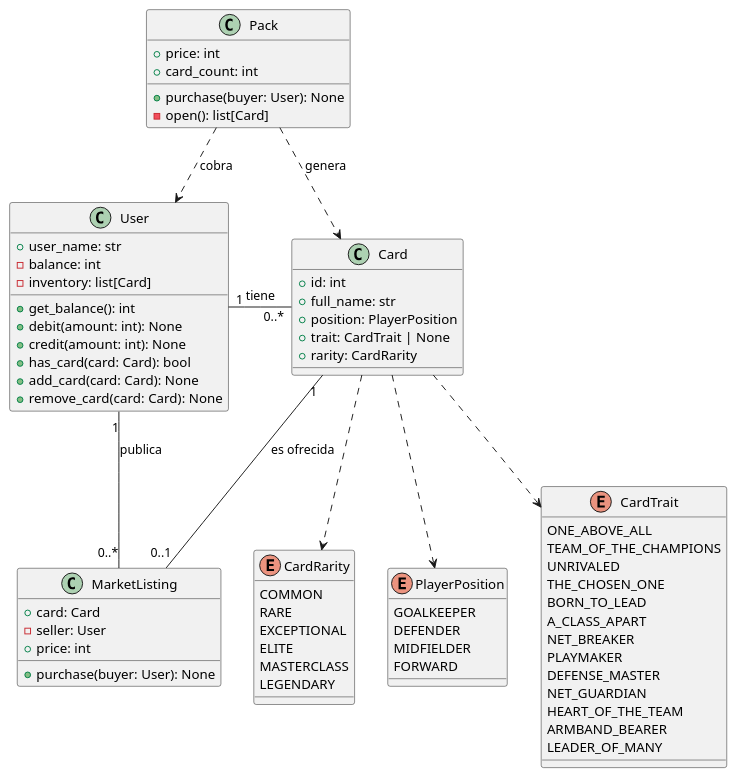
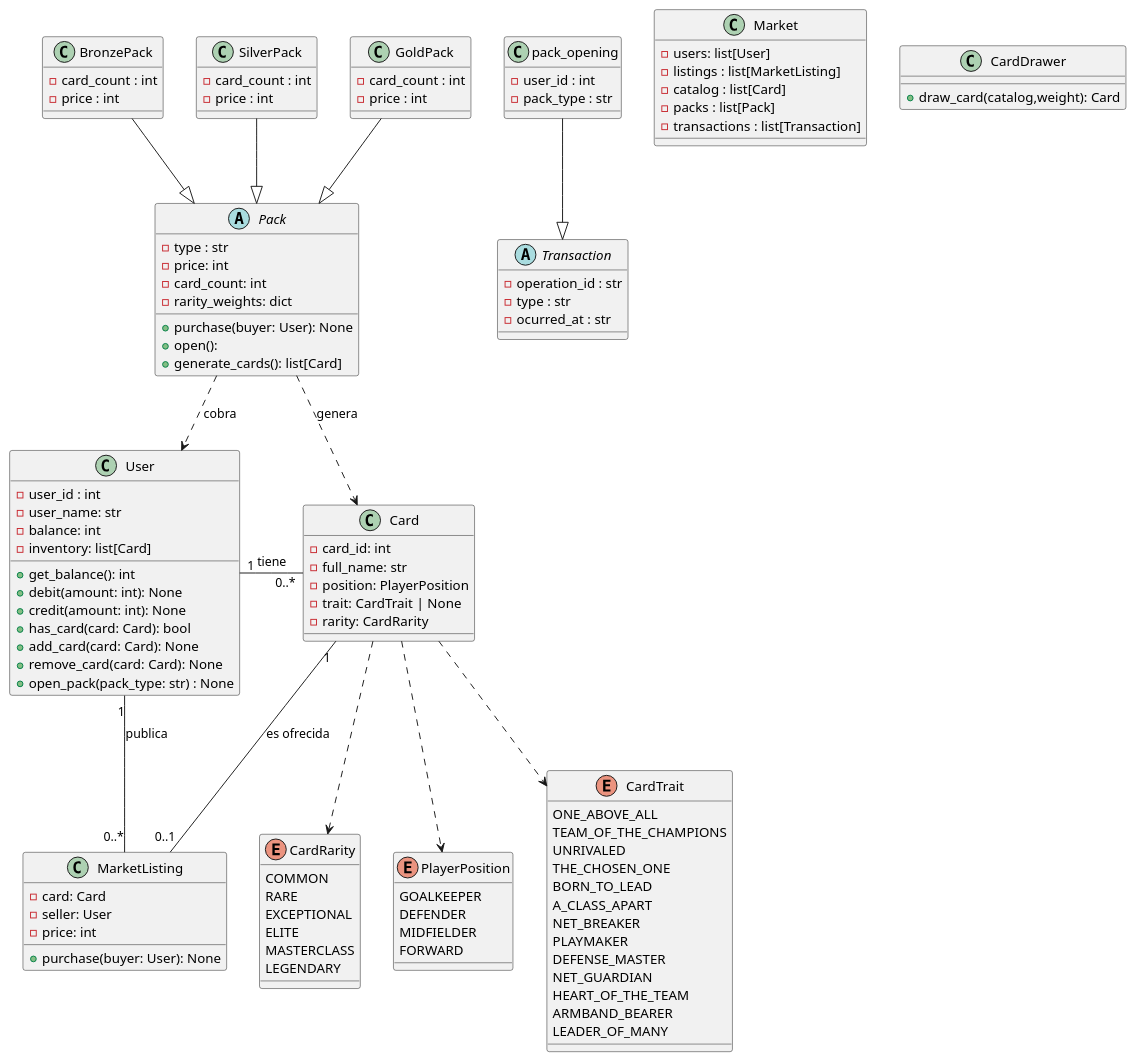
One commit to diegocastro1o/cards-marketplace changed the diagram in docs/cards-marketplace.puml. Above: the diagram before and after it, drawn with PlantUML.

Commit message:
Cambios uml

```diff
--- a/docs/cards-marketplace.puml
+++ b/docs/cards-marketplace.puml
@@ -1,84 +1,137 @@
 @startuml
+abstract class Transaction {
+    - operation_id : str
+    - type : str
+    - ocurred_at : str
+}
+class pack_opening {
+    - user_id : int
+    - pack_type : str
 
+
+
+}
+
+
+class Market {
+    - users: list[User]
+    - listings : list[MarketListing]
+    - catalog : list[Card]
+    - packs : list[Pack]
+    -transactions : list[Transaction]
+
+
+
+
+}
 class User {
-    + user_name: str
+    - user_id : int
+    - user_name: str
     - balance: int
     - inventory: list[Card]
 
     + get_balance(): int
     + debit(amount: int): None
     + credit(amount: int): None
     + has_card(card: Card): bool
     + add_card(card: Card): None
     + remove_card(card: Card): None
+    + open_pack(pack_type: str) : None
+}
+class CardDrawer {
+    + draw_card(catalog,weight): Card
+
+
 }
 
-class Pack {
-    + price: int
-    + card_count: int
+abstract class Pack {
+    - type : str
+    - price: int
+    - card_count: int
+    - rarity_weights: dict
 
     + purchase(buyer: User): None
-    - open(): list[Card]
+    + open():
+    + generate_cards(): list[Card]
+}
+class BronzePack{
+    -card_count : int
+    -price : int
+
+}
+class SilverPack{
+    -card_count : int
+    -price : int
+
+}
+class GoldPack{
+    -card_count : int
+    -price : int
+
 }
 
+
 class MarketListing {
-    + card: Card
+    - card: Card
     - seller: User
-    + price: int
+    - price: int
 
     + purchase(buyer: User): None
 }
 
 class Card {
-    + id: int
-    + full_name: str
-    + position: PlayerPosition
-    + trait: CardTrait | None
-    + rarity: CardRarity
+    - card_id: int
+    - full_name: str
+    - position: PlayerPosition
+    - trait: CardTrait | None
+    - rarity: CardRarity
 }
 
 enum CardRarity {
     COMMON
     RARE
     EXCEPTIONAL
     ELITE
     MASTERCLASS
     LEGENDARY
 }
 
 enum PlayerPosition {
     GOALKEEPER
     DEFENDER
     MIDFIELDER
     FORWARD
 }
 
 enum CardTrait {
     ONE_ABOVE_ALL
     TEAM_OF_THE_CHAMPIONS
     UNRIVALED
     THE_CHOSEN_ONE
     BORN_TO_LEAD
     A_CLASS_APART
     NET_BREAKER
     PLAYMAKER
     DEFENSE_MASTER
     NET_GUARDIAN
     HEART_OF_THE_TEAM
     ARMBAND_BEARER
     LEADER_OF_MANY
 }
 
 User "1" - "0..*" Card : tiene
 User "1" -- "0..*" MarketListing : publica
 
 Card "1" -- "0..1" MarketListing : es ofrecida
 
 Card ..> CardRarity
 Card ..> PlayerPosition
 Card ..> CardTrait
 
 Pack ..> User : cobra
 Pack ..> Card : genera
-
+pack_opening --|> Transaction
+BronzePack --|> Pack
+SilverPack --|> Pack
+GoldPack --|> Pack
 @enduml
```
